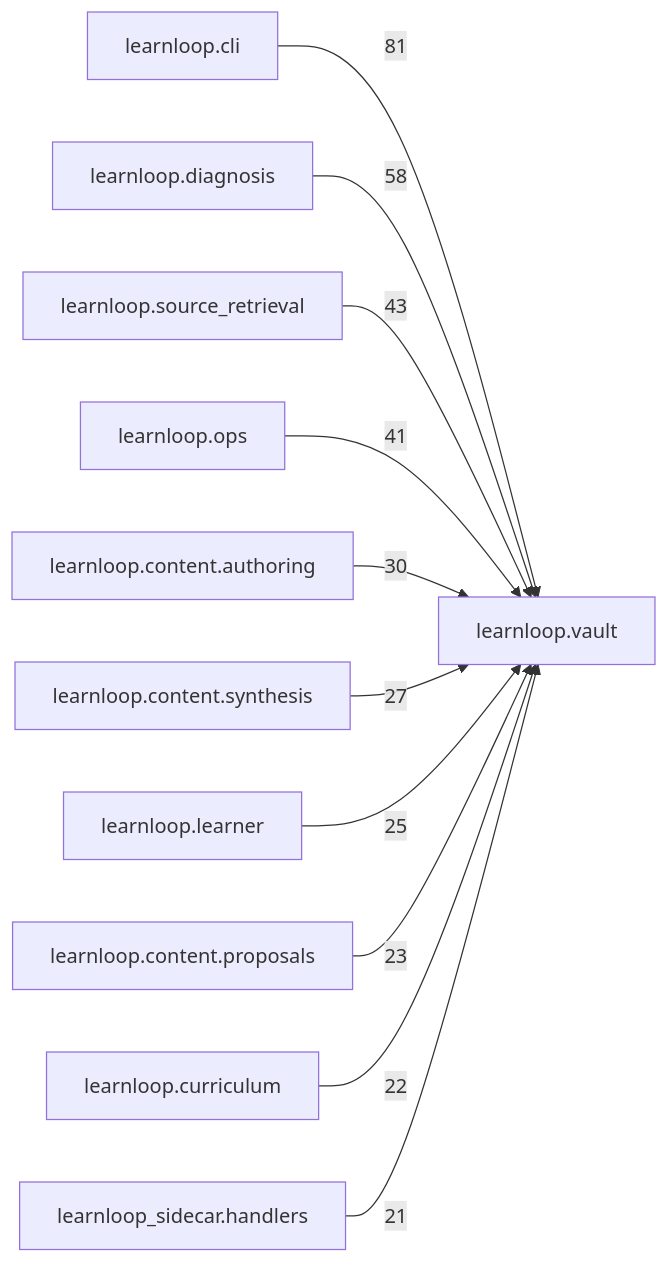
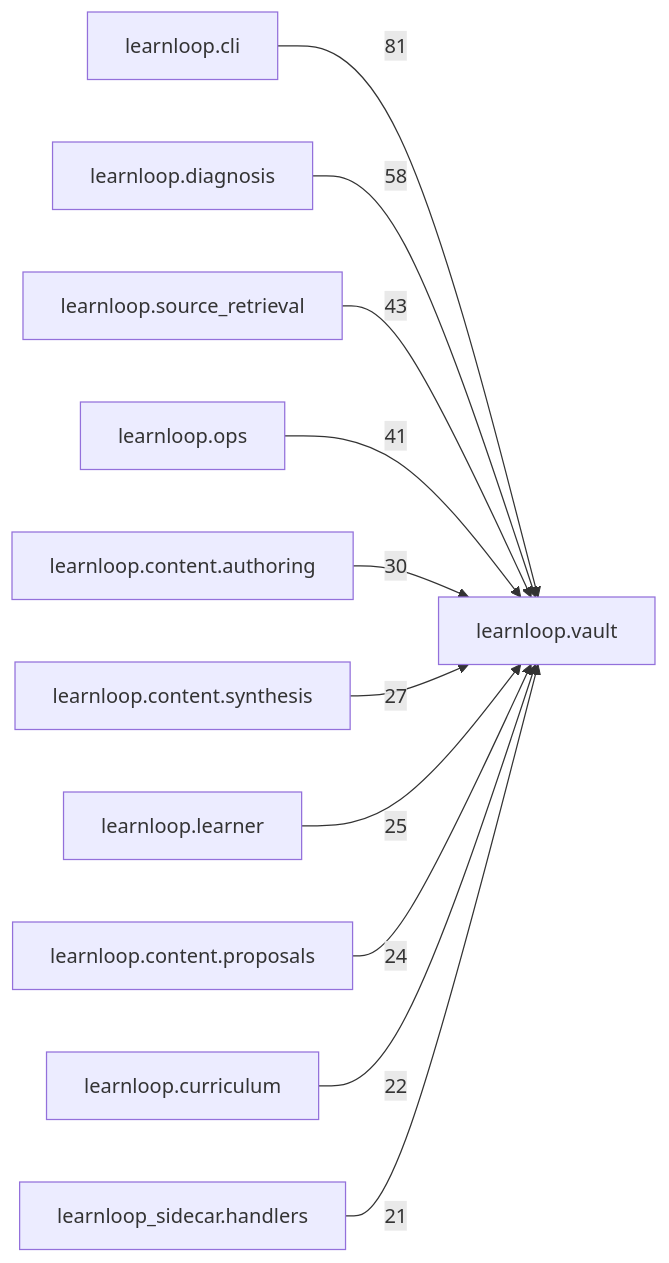
One commit to 6up-b/learnanything changed the diagram in docs/learnloop-architecture-vault/Reference/Modules/learnloop/vault/_package.md. Above: the diagram before and after it, drawn with Mermaid. The commit also changed other lines of this file and 30 other files, not shown here.

````diff
--- a/docs/learnloop-architecture-vault/Reference/Modules/learnloop/vault/_package.md
+++ b/docs/learnloop-architecture-vault/Reference/Modules/learnloop/vault/_package.md
@@ -137,24 +137,24 @@
 ```mermaid
 flowchart LR
     center["learnloop.vault"]
     n_learnloop_cli["learnloop.cli"]
     n_learnloop_diagnosis["learnloop.diagnosis"]
     n_learnloop_source_retrieval["learnloop.source_retrieval"]
     n_learnloop_ops["learnloop.ops"]
     n_learnloop_content_authoring["learnloop.content.authoring"]
     n_learnloop_content_synthesis["learnloop.content.synthesis"]
     n_learnloop_learner["learnloop.learner"]
     n_learnloop_content_proposals["learnloop.content.proposals"]
     n_learnloop_curriculum["learnloop.curriculum"]
     n_learnloop_sidecar_handlers["learnloop_sidecar.handlers"]
     n_learnloop_cli -->|81| center
     n_learnloop_diagnosis -->|58| center
     n_learnloop_source_retrieval -->|43| center
     n_learnloop_ops -->|41| center
     n_learnloop_content_authoring -->|30| center
     n_learnloop_content_synthesis -->|27| center
     n_learnloop_learner -->|25| center
-    n_learnloop_content_proposals -->|23| center
+    n_learnloop_content_proposals -->|24| center
     n_learnloop_curriculum -->|22| center
     n_learnloop_sidecar_handlers -->|21| center
 ```
````
